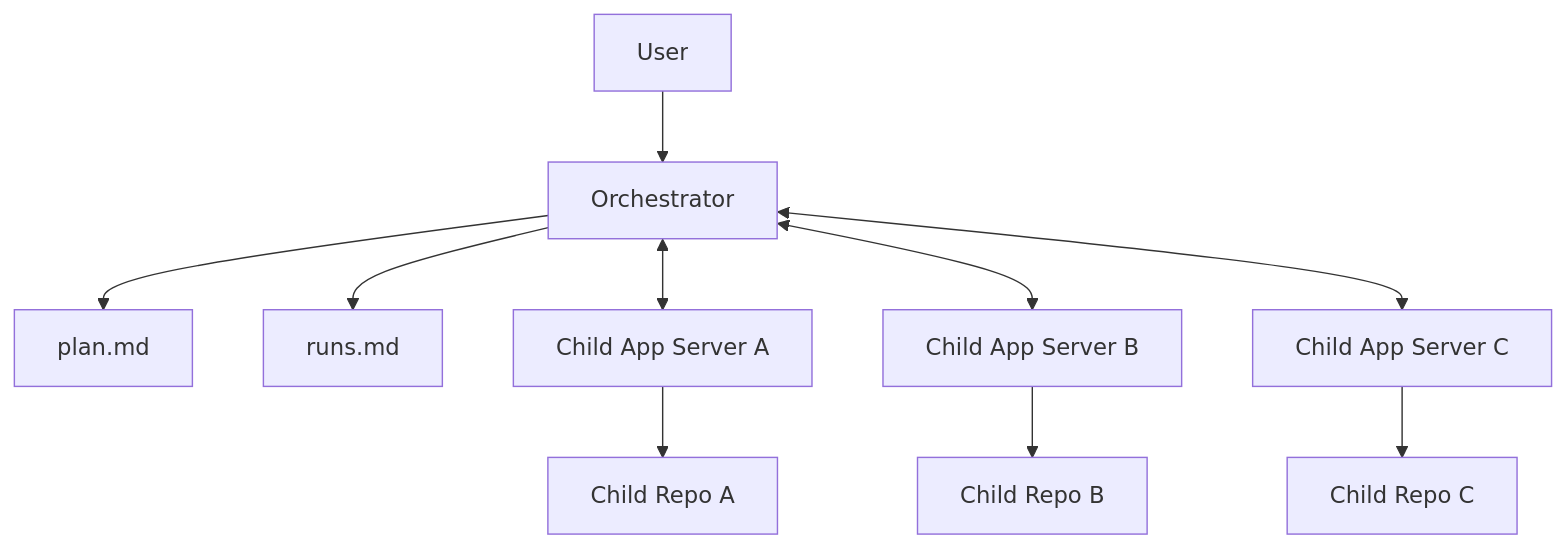
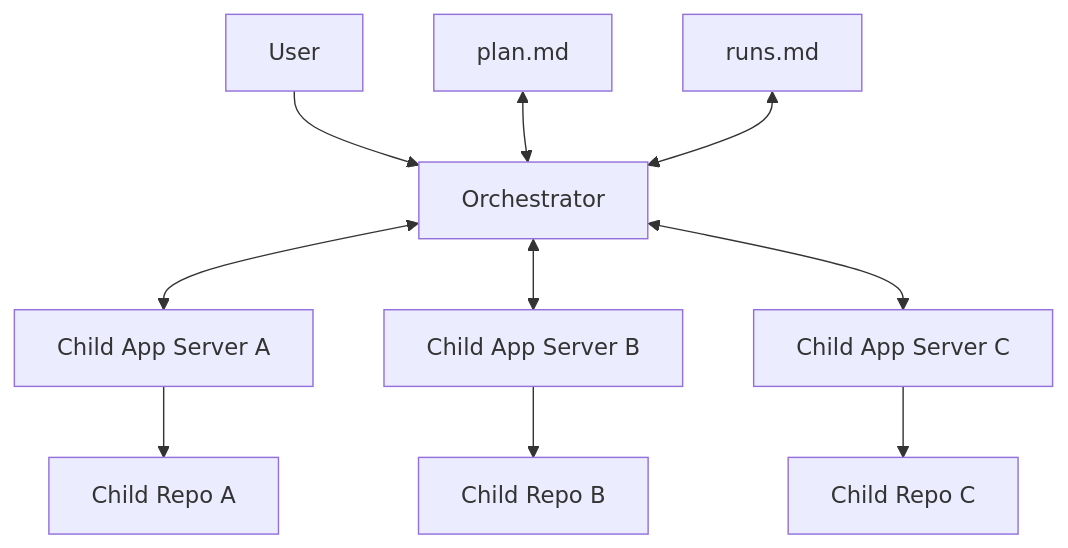
The diagram in README.md (yeutterg/codex-orchestrator), drawn with Mermaid before and after one commit.

Commit message:
Adjust README architecture diagram layout

````diff
--- a/README.md
+++ b/README.md
@@ -18,12 +18,12 @@
 ```mermaid
 flowchart TD
     U[User] --> O[Orchestrator]
-    O --> P[plan.md]
-    O --> R[runs.md]
+    P[plan.md] <--> O
+    R[runs.md] <--> O
     O <--> A[Child App Server A]
+    A --> RA[Child Repo A]
     O <--> B[Child App Server B]
+    B --> RB[Child Repo B]
     O <--> C[Child App Server C]
-    A --> RA[Child Repo A]
-    B --> RB[Child Repo B]
     C --> RC[Child Repo C]
 ```
````
